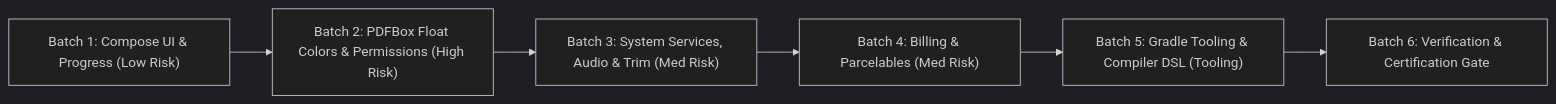
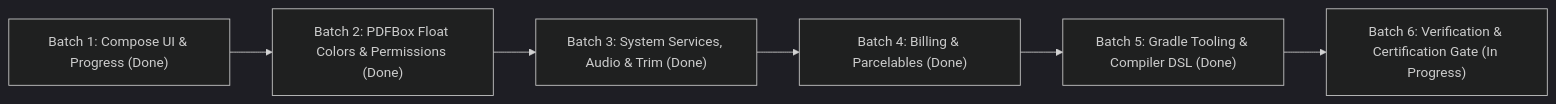
The diagram in PDFCHEMY_211_MODERNIZATION_EXECUTION_PLAN.md (kiss2oblivion/pdfchemy-android), drawn with Mermaid (dark theme) before and after one commit. The commit also changed other lines of this file, not shown here.

````diff
--- a/PDFCHEMY_211_MODERNIZATION_EXECUTION_PLAN.md
+++ b/PDFCHEMY_211_MODERNIZATION_EXECUTION_PLAN.md
@@ -15,8 +15,8 @@
 ```mermaid
 flowchart LR
-    B1["Batch 1: Compose UI & Progress (Low Risk)"] --> B2["Batch 2: PDFBox Float Colors & Permissions (High Risk)"]
-    B2 --> B3["Batch 3: System Services, Audio & Trim (Med Risk)"]
-    B3 --> B4["Batch 4: Billing & Parcelables (Med Risk)"]
-    B4 --> B5["Batch 5: Gradle Tooling & Compiler DSL (Tooling)"]
-    B5 --> B6["Batch 6: Verification & Certification Gate"]
+    B1["Batch 1: Compose UI & Progress (Done)"] --> B2["Batch 2: PDFBox Float Colors & Permissions (Done)"]
+    B2 --> B3["Batch 3: System Services, Audio & Trim (Done)"]
+    B3 --> B4["Batch 4: Billing & Parcelables (Done)"]
+    B4 --> B5["Batch 5: Gradle Tooling & Compiler DSL (Done)"]
+    B5 --> B6["Batch 6: Verification & Certification Gate (In Progress)"]
 ```
````
